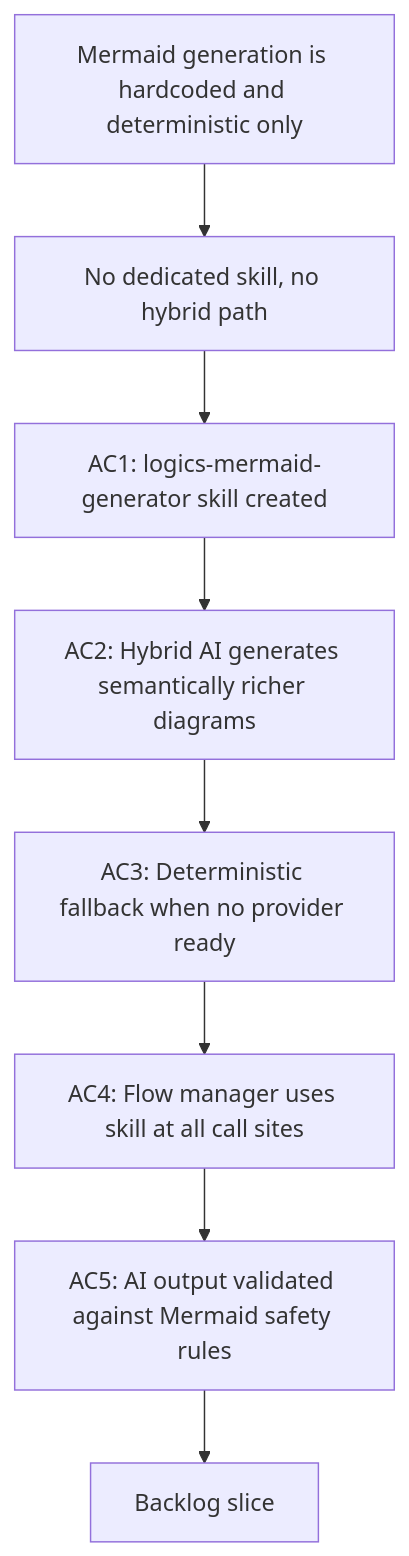
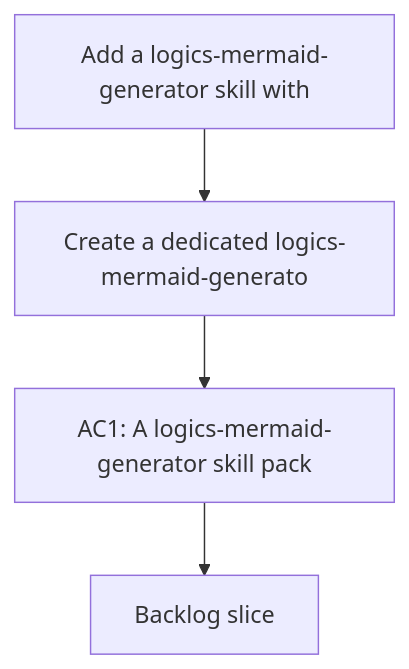
One commit to AlexAgo83/logics-manager changed the diagram in logics/request/req_128_add_a_logics_mermaid_generator_skill_with_hybrid_ai_and_deterministic_fallback.md. Above: the diagram before and after it, drawn with Mermaid. The commit also changed other lines of this file and 481 other files, not shown here.

````diff
--- a/logics/request/req_128_add_a_logics_mermaid_generator_skill_with_hybrid_ai_and_deterministic_fallback.md
+++ b/logics/request/req_128_add_a_logics_mermaid_generator_skill_with_hybrid_ai_and_deterministic_fallback.md
@@ -43,12 +46,8 @@
 ```mermaid
 %% logics-kind: request
 %% logics-signature: request|add-a-logics-mermaid-generator-skill-wit|create-a-dedicated-logics-mermaid-genera|ac1-a-logics-mermaid-generator-skill-pac
 flowchart TD
-    Problem[Mermaid generation is hardcoded and deterministic only] --> Gap[No dedicated skill, no hybrid path]
-    Gap --> Skill[AC1: logics-mermaid-generator skill created]
-    Skill --> Hybrid[AC2: Hybrid AI generates semantically richer diagrams]
-    Hybrid --> Fallback[AC3: Deterministic fallback when no provider ready]
-    Fallback --> Wiring[AC4: Flow manager uses skill at all call sites]
-    Wiring --> Safety[AC5: AI output validated against Mermaid safety rules]
-    Safety --> Backlog[Backlog slice]
+    Trigger[Add a logics-mermaid-generator skill with] --> Need[Create a dedicated logics-mermaid-generato]
+    Need --> Outcome[AC1: A logics-mermaid-generator skill pack]
+    Outcome --> Backlog[Backlog slice]
 ```
````
